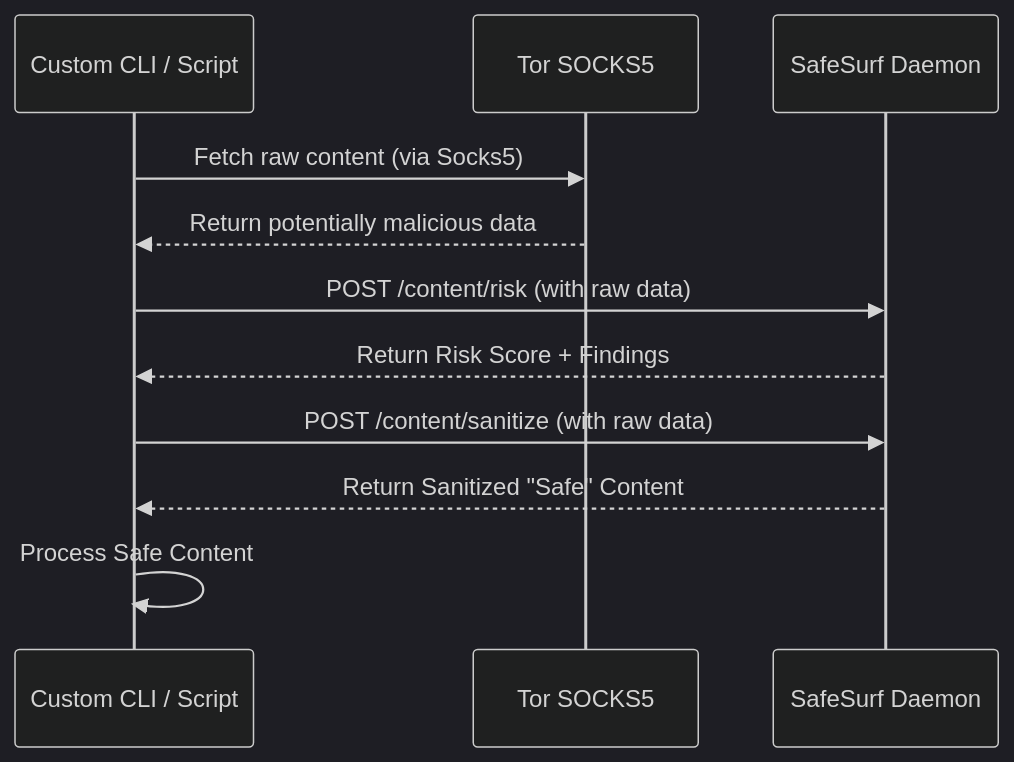
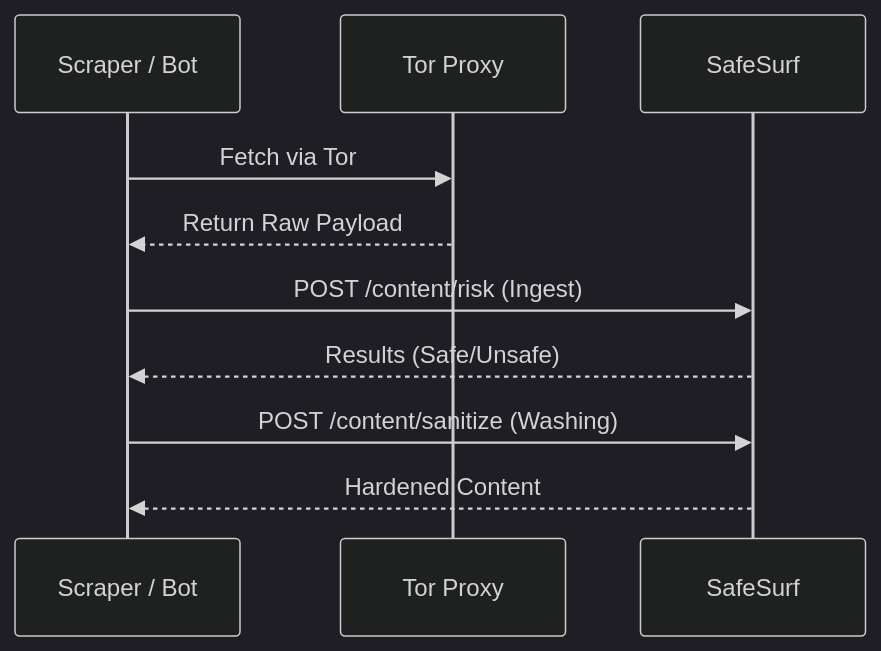
The third of 3 diagrams in README.md (the-shadow-0/SafeSurf-protocol), drawn with Mermaid (dark theme) before and after one commit. The commit also changed other lines of this file, not shown here.

Commit message:
Update SafeSurf protocol

````diff
--- a/README.md
+++ b/README.md
@@ -64,14 +111,13 @@
 ```mermaid
 sequenceDiagram
-    participant Tool as Custom CLI / Script
-    participant Tor as Tor SOCKS5
-    participant SS as SafeSurf Daemon
+    participant Tool as Scraper / Bot
+    participant Tor as Tor Proxy
+    participant SS as SafeSurf
     
-    Tool->>Tor: Fetch raw content (via Socks5)
-    Tor-->>Tool: Return potentially malicious data
-    Tool->>SS: POST /content/risk (with raw data)
-    SS-->>Tool: Return Risk Score + Findings
-    Tool->>SS: POST /content/sanitize (with raw data)
-    SS-->>Tool: Return Sanitized "Safe" Content
-    Tool->>Tool: Process Safe Content
+    Tool->>Tor: Fetch via Tor
+    Tor-->>Tool: Return Raw Payload
+    Tool->>SS: POST /content/risk (Ingest)
+    SS-->>Tool: Results (Safe/Unsafe)
+    Tool->>SS: POST /content/sanitize (Washing)
+    SS-->>Tool: Hardened Content
 ```
````
